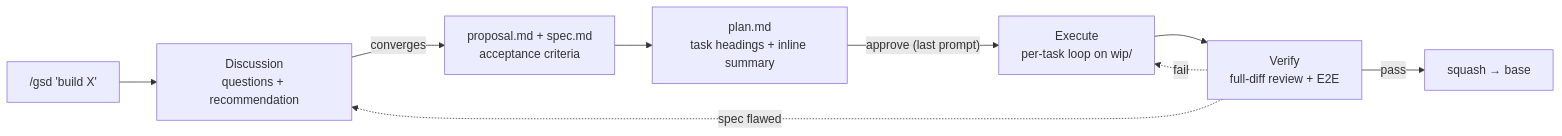
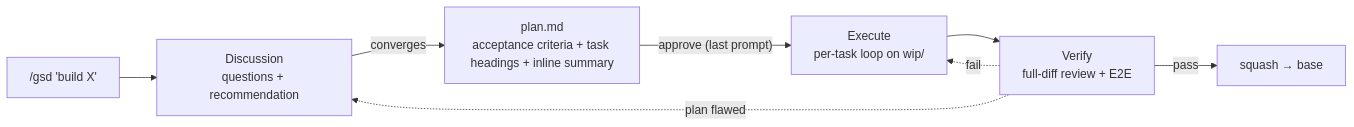
One commit to babymum7/gsd changed the diagram in README.md. Above: the diagram before and after it, drawn with Mermaid. The commit also changed other lines of this file and 14 other files, not shown here.

````diff
--- a/README.md
+++ b/README.md
@@ -30,11 +30,10 @@
 ```mermaid
 flowchart LR
     U["/gsd 'build X'"] --> D[Discussion<br/>questions + recommendation]
-    D -->|converges| S[proposal.md + spec.md<br/>acceptance criteria]
-    S --> P[plan.md<br/>task headings + inline summary]
+    D -->|converges| P[plan.md<br/>acceptance criteria + task headings + inline summary]
     P -->|"approve (last prompt)"| E[Execute<br/>per-task loop on wip/]
     E --> V[Verify<br/>full-diff review + E2E]
     V -->|pass| M[squash → base]
     V -.fail.-> E
-    V -.spec flawed.-> D
+    V -.plan flawed.-> D
 ```
````
